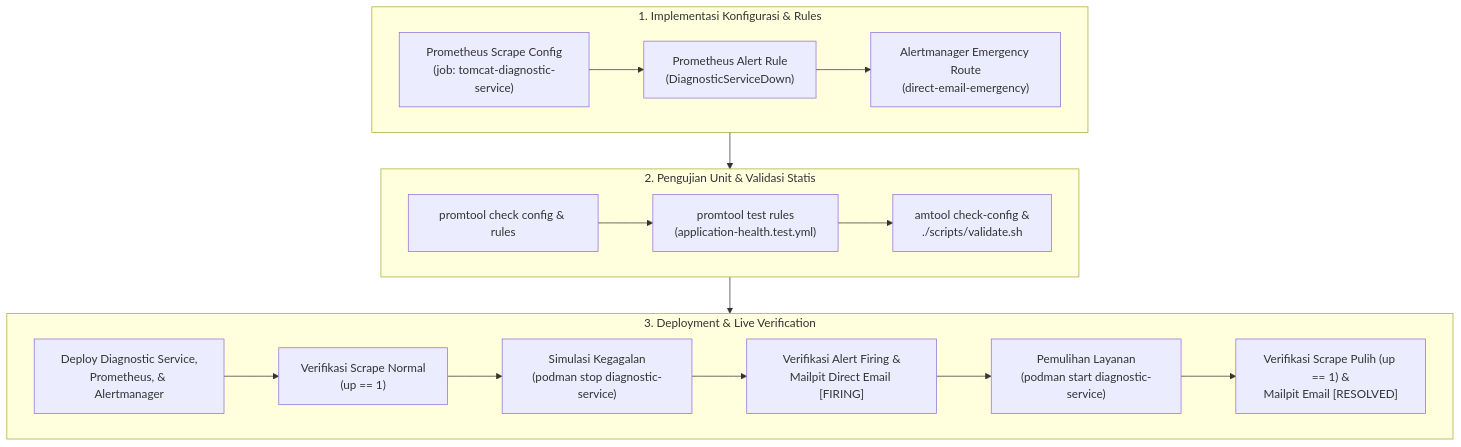
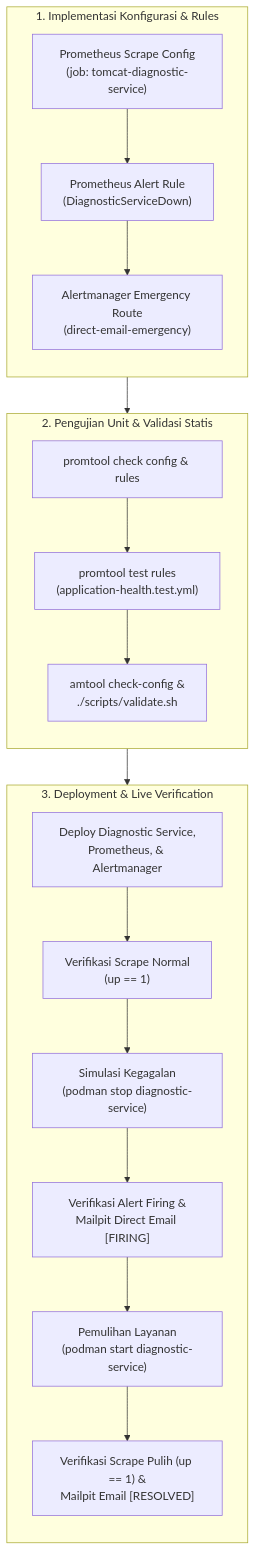
One commit to edkas07-oss/devops-handbook changed the first of 2 diagrams in docs/projects/tomcat-monitoring/engineering-journal/monitoring-platform-integration/TN-001-implement-and-verify-diagnostic-service-self-monitoring-and-emergency-smtp-routing.md. Above: the diagram before and after it, drawn with Mermaid. The commit also changed other lines of this file and 5 other files, not shown here.

````diff
--- a/docs/projects/tomcat-monitoring/engineering-journal/monitoring-platform-integration/TN-001-implement-and-verify-diagnostic-service-self-monitoring-and-emergency-smtp-routing.md
+++ b/docs/projects/tomcat-monitoring/engineering-journal/monitoring-platform-integration/TN-001-implement-and-verify-diagnostic-service-self-monitoring-and-emergency-smtp-routing.md
@@ -100,23 +106,26 @@
 ```mermaid
 %%{init: {themeVariables: { fontSize: 12px }}}%%
 flowchart TD
     subgraph PHASE1["1. Implementasi Konfigurasi & Rules"]
+        direction TB
         A["Prometheus Scrape Config<br/>(job: tomcat-diagnostic-service)"] --> B["Prometheus Alert Rule<br/>(DiagnosticServiceDown)"]
         B --> C["Alertmanager Emergency Route<br/>(direct-email-emergency)"]
     end
 
     subgraph PHASE2["2. Pengujian Unit & Validasi Statis"]
+        direction TB
         D["promtool check config & rules"] --> E["promtool test rules<br/>(application-health.test.yml)"]
         E --> F["amtool check-config &<br/>./scripts/validate.sh"]
     end
 
     subgraph PHASE3["3. Deployment & Live Verification"]
+        direction TB
         G["Deploy Diagnostic Service,<br/>Prometheus, & Alertmanager"] --> H["Verifikasi Scrape Normal<br/>(up == 1)"]
         H --> I["Simulasi Kegagalan<br/>(podman stop diagnostic-service)"]
         I --> J["Verifikasi Alert Firing &<br/>Mailpit Direct Email [FIRING]"]
         J --> K["Pemulihan Layanan<br/>(podman start diagnostic-service)"]
         K --> L["Verifikasi Scrape Pulih (up == 1) &<br/>Mailpit Email [RESOLVED]"]
     end
 
     PHASE1 --> PHASE2 --> PHASE3
 ```
````
